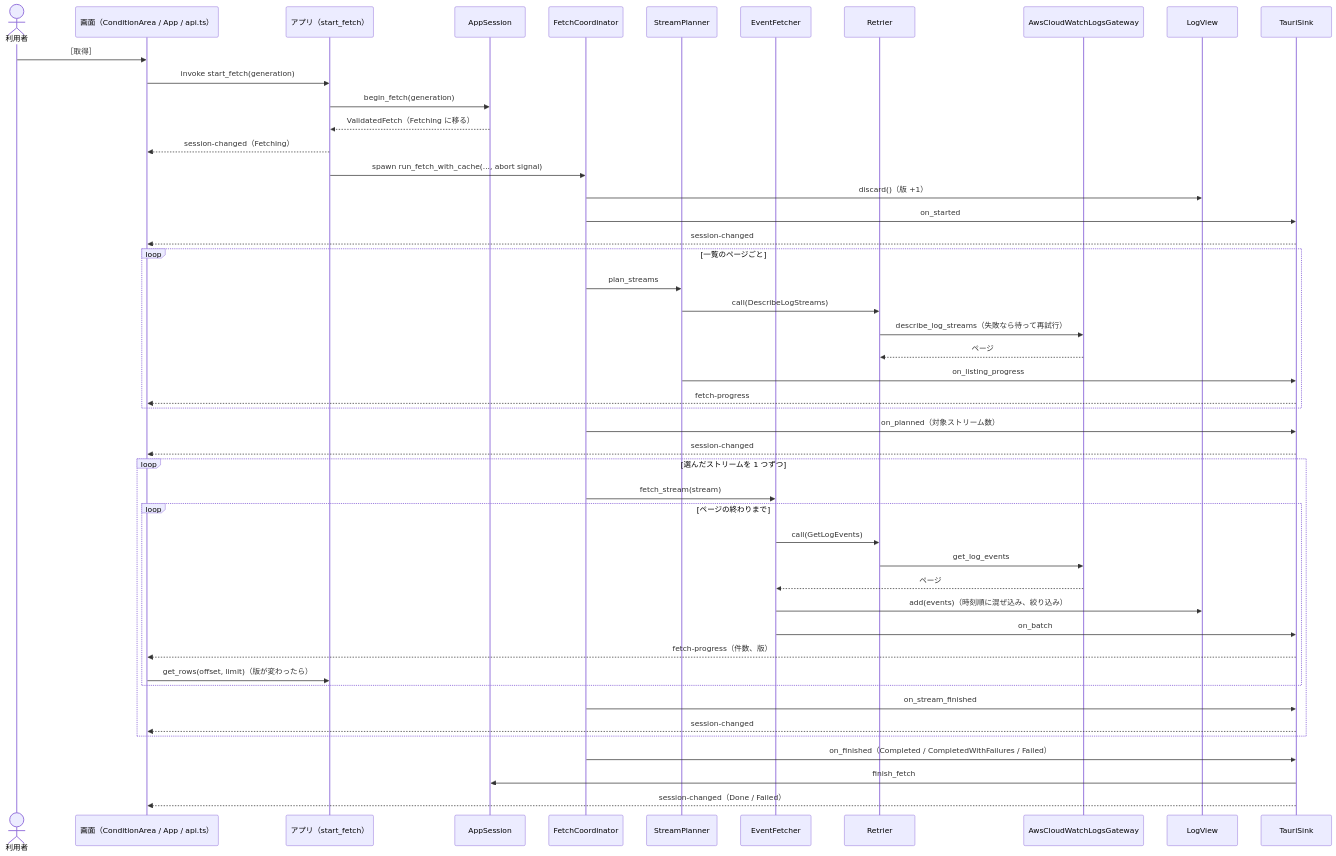
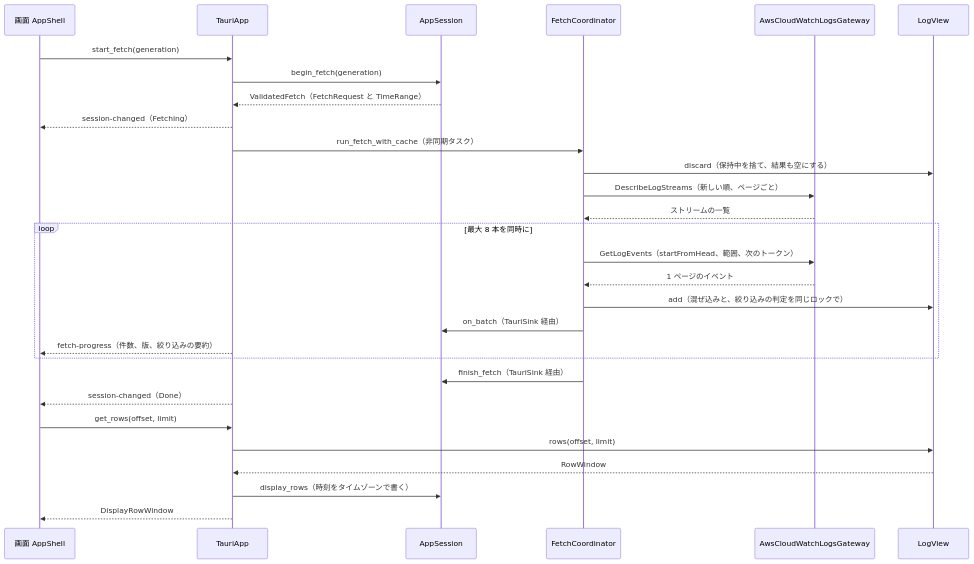
The second of 4 diagrams in aidlc/spaces/default/codekb/local-sights/architecture.md (kdnakt/local-sights), drawn with Mermaid before and after one commit. The commit also changed other lines of this file and 209 other files, not shown here.

````diff
--- a/aidlc/spaces/default/codekb/local-sights/architecture.md
+++ b/aidlc/spaces/default/codekb/local-sights/architecture.md
@@ -139,51 +133,31 @@
 ```mermaid
 sequenceDiagram
-  actor User as 利用者
-  participant UI as 画面（ConditionArea / App / api.ts）
-  participant Cmd as アプリ（start_fetch）
+  participant UI as 画面 AppShell
+  participant App as TauriApp
   participant S as AppSession
   participant C as FetchCoordinator
-  participant P as StreamPlanner
-  participant F as EventFetcher
-  participant R as Retrier
   participant G as AwsCloudWatchLogsGateway
   participant V as LogView
-  participant K as TauriSink
-
-  User->>UI: ［取得］
-  UI->>Cmd: invoke start_fetch(generation)
-  Cmd->>S: begin_fetch(generation)
-  S-->>Cmd: ValidatedFetch（Fetching に移る）
-  Cmd-->>UI: session-changed（Fetching）
-  Cmd->>C: spawn run_fetch_with_cache(..., abort signal)
-  C->>V: discard()（版 +1）
-  C->>K: on_started
-  K-->>UI: session-changed
-  loop 一覧のページごと
-    C->>P: plan_streams
-    P->>R: call(DescribeLogStreams)
-    R->>G: describe_log_streams（失敗なら待って再試行）
-    G-->>R: ページ
-    P->>K: on_listing_progress
-    K-->>UI: fetch-progress
+  UI->>App: start_fetch(generation)
+  App->>S: begin_fetch(generation)
+  S-->>App: ValidatedFetch（FetchRequest と TimeRange）
+  App-->>UI: session-changed（Fetching）
+  App->>C: run_fetch_with_cache（非同期タスク）
+  C->>V: discard（保持中を捨て、結果も空にする）
+  C->>G: DescribeLogStreams（新しい順、ページごと）
+  G-->>C: ストリームの一覧
+  loop 最大 8 本を同時に
+    C->>G: GetLogEvents（startFromHead、範囲、次のトークン）
+    G-->>C: 1 ページのイベント
+    C->>V: add（混ぜ込みと、絞り込みの判定を同じロックで）
+    C->>S: on_batch（TauriSink 経由）
+    App-->>UI: fetch-progress（件数、版、絞り込みの要約）
   end
-  C->>K: on_planned（対象ストリーム数）
-  K-->>UI: session-changed
-  loop 選んだストリームを 1 つずつ
-    C->>F: fetch_stream(stream)
-    loop ページの終わりまで
-      F->>R: call(GetLogEvents)
-      R->>G: get_log_events
-      G-->>F: ページ
-      F->>V: add(events)（時刻順に混ぜ込み、絞り込み）
-      F->>K: on_batch
-      K-->>UI: fetch-progress（件数、版）
-      UI->>Cmd: get_rows(offset, limit)（版が変わったら）
-    end
-    C->>K: on_stream_finished
-    K-->>UI: session-changed
-  end
-  C->>K: on_finished（Completed / CompletedWithFailures / Failed）
-  K->>S: finish_fetch
-  K-->>UI: session-changed（Done / Failed）
+  C->>S: finish_fetch（TauriSink 経由）
+  App-->>UI: session-changed（Done）
+  UI->>App: get_rows(offset, limit)
+  App->>V: rows(offset, limit)
+  V-->>App: RowWindow
+  App->>S: display_rows（時刻をタイムゾーンで書く）
+  App-->>UI: DisplayRowWindow
 ```
````
